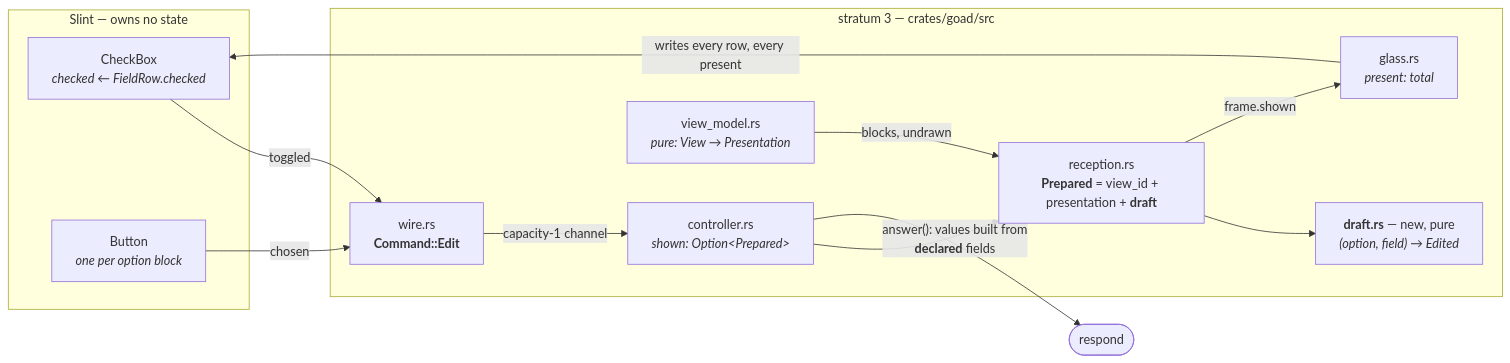
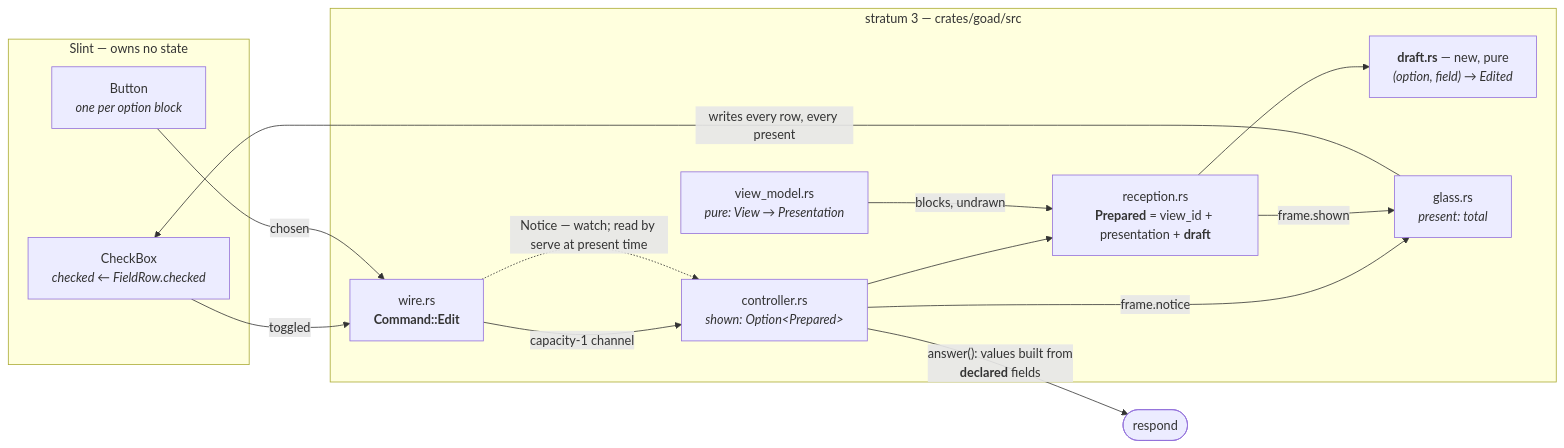
Before and after one commit to davidlee/goad: the first of 2 diagrams in docs/slices/007/design.md, drawn with Mermaid. The commit also changed other lines of this file and 12 other files, not shown here.

````diff
--- a/docs/slices/007/design.md
+++ b/docs/slices/007/design.md
@@ -286,26 +293,28 @@
 ```mermaid
 flowchart LR
   subgraph slint["Slint — owns no state"]
     CB["CheckBox<br/><i>checked ← FieldRow.checked</i>"]
     BTN["Button<br/><i>one per option block</i>"]
   end
 
   subgraph s3["stratum 3 — crates/goad/src"]
     W["wire.rs<br/><b>Command::Edit</b>"]
     C["controller.rs<br/><i>shown: Option&lt;Prepared&gt;</i>"]
     P["reception.rs<br/><b>Prepared</b> = view_id + presentation + <b>draft</b>"]
     D["<b>draft.rs</b> — new, pure<br/><i>(option, field) → Edited</i>"]
     VM["view_model.rs<br/><i>pure: View → Presentation</i>"]
     G["glass.rs<br/><i>present: total</i>"]
   end
 
   CB -- "toggled" --> W
   BTN -- "chosen" --> W
   W -- "capacity-1 channel" --> C
+  W -. "Notice — watch; read by serve at present time" .-> C
+  C -- "frame.notice" --> G
   C --> P
   P --> D
   VM -- "blocks, undrawn" --> P
   P -- "frame.shown" --> G
   G -- "writes every row, every present" --> CB
   C -- "answer(): values built from<br/><b>declared</b> fields" --> OUT(["respond"])
 ```
````
